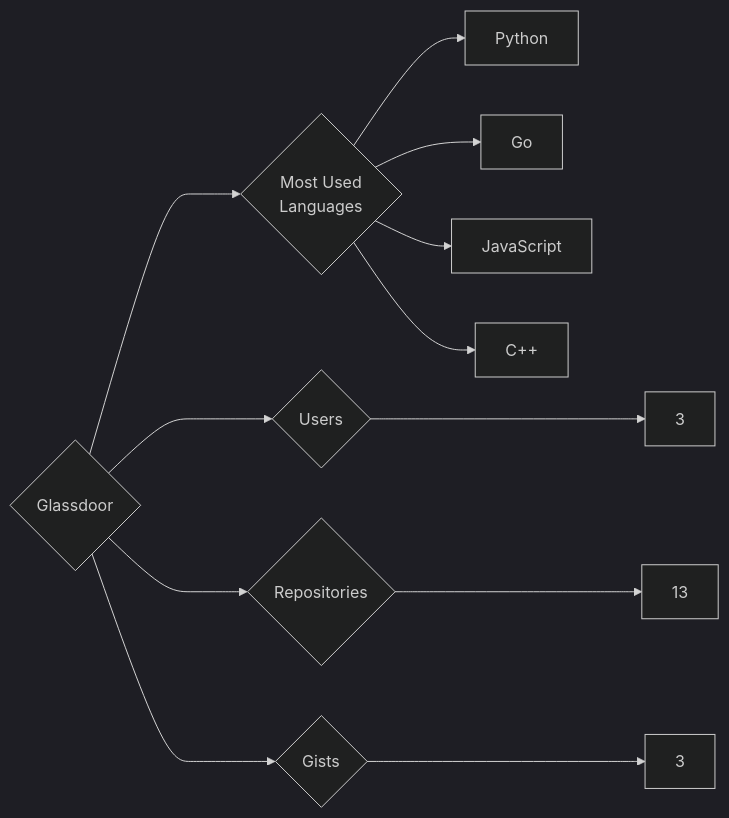
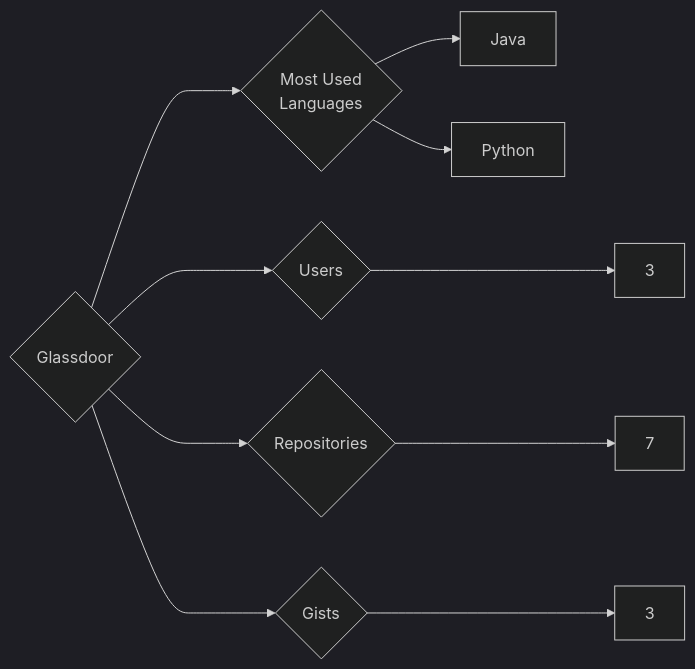
Before and after one commit to trickest/insiders: the diagram in targets/Glassdoor/README.md, drawn with Mermaid (dark theme). The commit also changed 938 other files, not shown here.

````diff
--- a/targets/Glassdoor/README.md
+++ b/targets/Glassdoor/README.md
@@ -3,12 +3,10 @@
 ```mermaid
 graph LR
 COMPANY_NAME{Glassdoor}
 COMPANY_NAME ---> U{Users} ---> UN[3]
-COMPANY_NAME ---> R{Repositories} ---> RN[13]
+COMPANY_NAME ---> R{Repositories} ---> RN[7]
 COMPANY_NAME ---> G{Gists} ---> GN[3]
 COMPANY_NAME ---> ML{Most Used<br>Languages}
+ML --> Java[Java]
 ML --> Python[Python]
-ML --> Go[Go]
-ML --> JavaScript[JavaScript]
-ML --> C++[C++]
 ```
````
